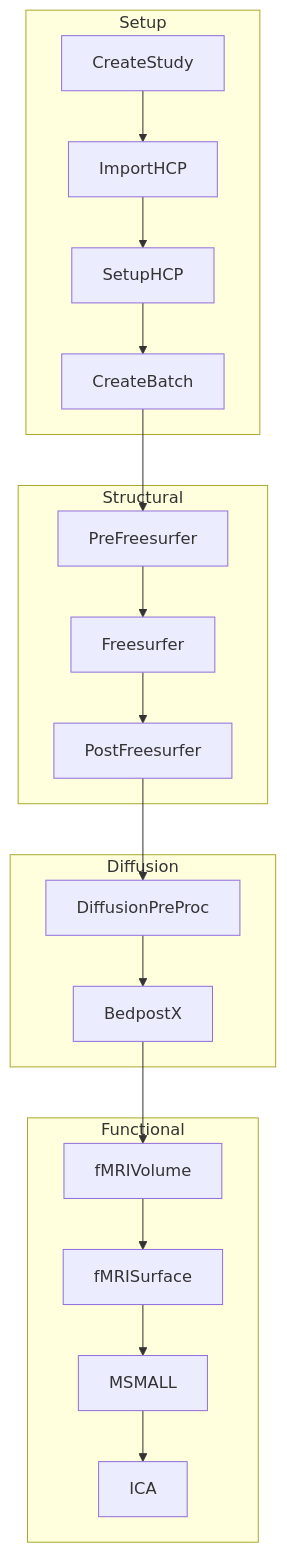
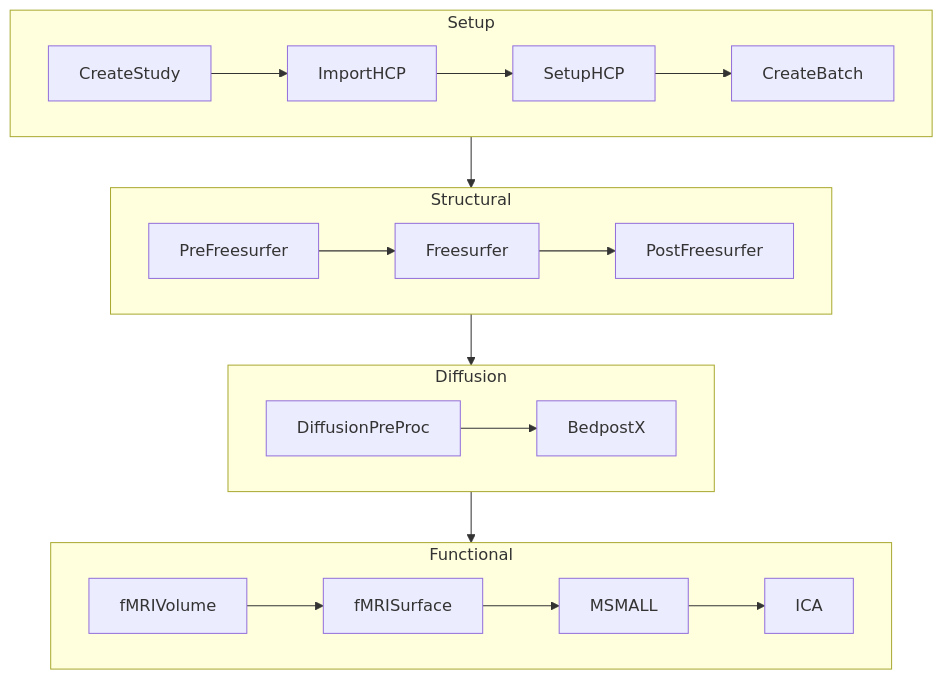
One commit to SPMIC-UoN/QuNex_Processing_Pipeline changed the diagram in README.md. Above: the diagram before and after it, drawn with Mermaid.

````diff
--- a/README.md
+++ b/README.md
@@ -44,25 +44,23 @@
 ```mermaid
 flowchart TD
 
-subgraph Setup
+subgraph Setup["Setup"]
+direction LR
 A[CreateStudy] --> B[ImportHCP] --> C[SetupHCP] --> D[CreateBatch]
 end
 
-subgraph Structural
-D --> E[PreFreesurfer]
-E --> F[Freesurfer]
-F --> G[PostFreesurfer]
+subgraph Structural["Structural"]
+direction LR
+D --> E[PreFreesurfer] --> F[Freesurfer] --> G[PostFreesurfer]
 end
 
-subgraph Diffusion
-G --> H[DiffusionPreProc]
-H --> I[BedpostX]
+subgraph Diffusion["Diffusion"]
+direction LR
+G --> H[DiffusionPreProc] --> I[BedpostX]
 end
 
-subgraph Functional
-I --> J[fMRIVolume]
-J --> K[fMRISurface]
-K --> L[MSMALL]
-L --> M[ICA]
+subgraph Functional["Functional"]
+direction LR
+I --> J[fMRIVolume] --> K[fMRISurface] --> L[MSMALL] --> M[ICA]
 end
 ```
````
